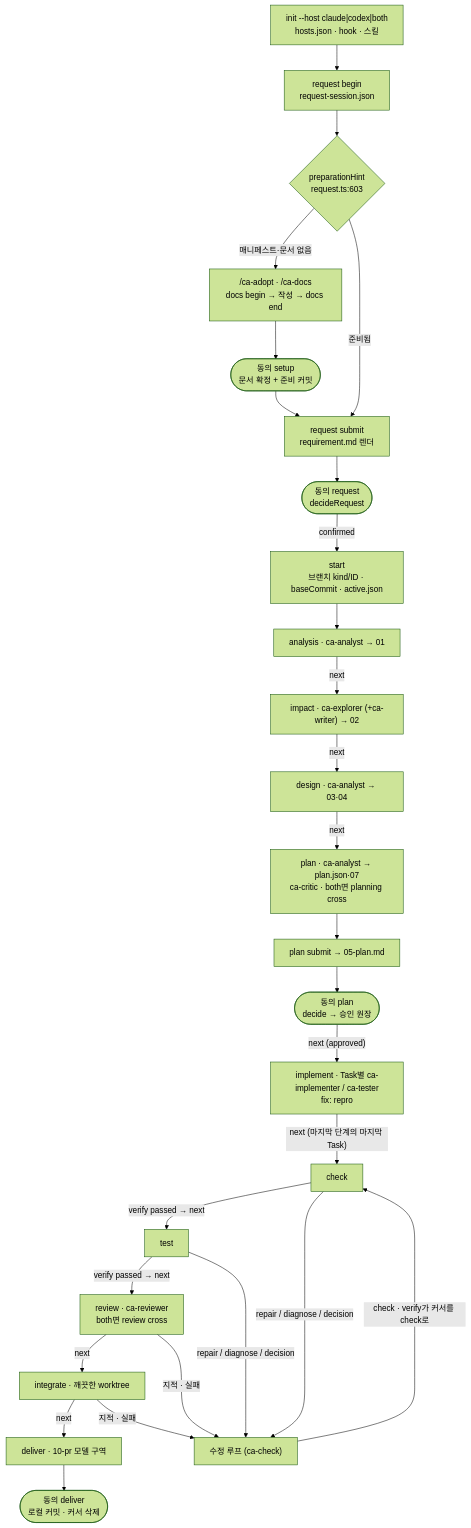
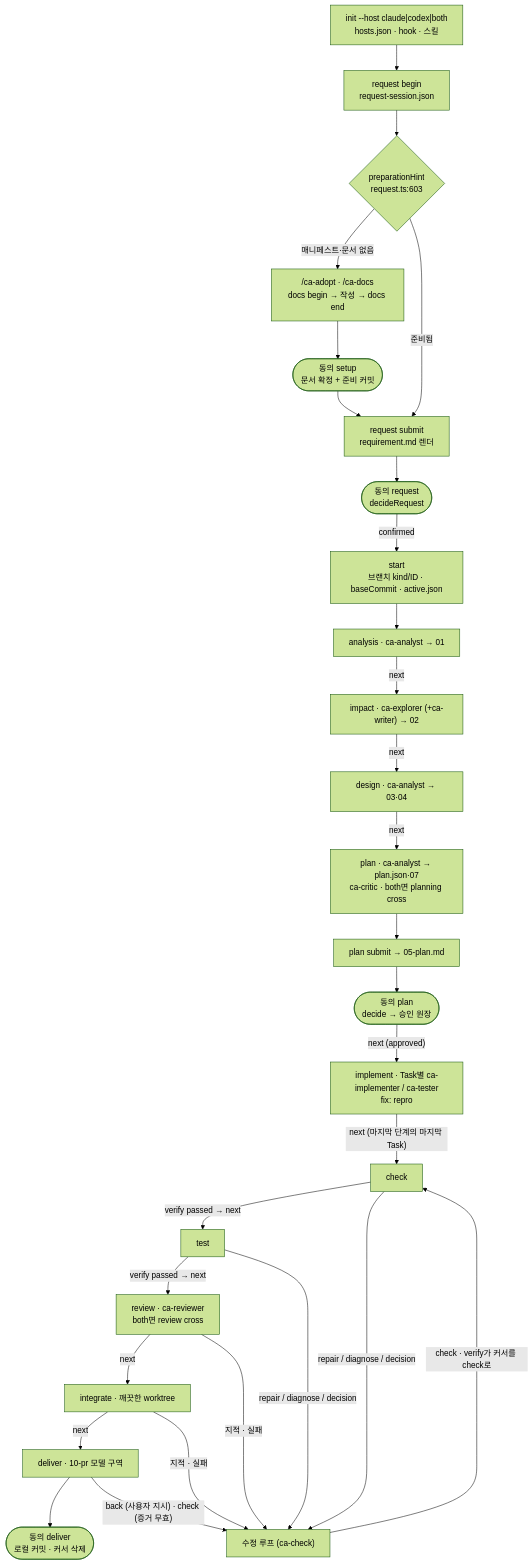
The first of 3 diagrams in doc/process-flow.md (collenkim/code-agent), drawn with Mermaid (forest theme) before and after one commit. The commit also changed other lines of this file and 65 other files, not shown here.

````diff
--- a/doc/process-flow.md
+++ b/doc/process-flow.md
@@ -47,27 +51,28 @@
 ```mermaid
 flowchart TD
   INIT["init --host claude|codex|both<br/>hosts.json · hook · 스킬"] --> RB["request begin<br/>request-session.json"]
   RB --> PREP{"preparationHint<br/>request.ts:603"}
   PREP -- "매니페스트·문서 없음" --> DOCS["/ca-adopt · /ca-docs<br/>docs begin → 작성 → docs end"]
   DOCS --> SETUP(["동의 setup<br/>문서 확정 + 준비 커밋"])
   SETUP --> RS
   PREP -- "준비됨" --> RS["request submit<br/>requirement.md 렌더"]
   RS --> RQ(["동의 request<br/>decideRequest"])
   RQ -- "confirmed" --> ST["start<br/>브랜치 kind/ID · baseCommit · active.json"]
   ST --> AN["analysis · ca-analyst → 01"]
   AN -- "next" --> IM["impact · ca-explorer (+ca-writer) → 02"]
   IM -- "next" --> DE["design · ca-analyst → 03·04"]
   DE -- "next" --> PL["plan · ca-analyst → plan.json·07<br/>ca-critic · both면 planning cross"]
   PL --> PS["plan submit → 05-plan.md"]
   PS --> PA(["동의 plan<br/>decide → 승인 원장"])
   PA -- "next (approved)" --> IMP["implement · Task별 ca-implementer / ca-tester<br/>fix: repro"]
   IMP -- "next (마지막 단계의 마지막 Task)" --> CK["check"]
   CK -- "verify passed → next" --> TS["test"]
   TS -- "verify passed → next" --> RV["review · ca-reviewer<br/>both면 review cross"]
   RV -- "next" --> IN["integrate · 깨끗한 worktree"]
   IN -- "next" --> DL["deliver · 10-pr 모델 구역"]
   DL --> DC(["동의 deliver<br/>로컬 커밋 · 커서 삭제"])
   CK & TS -- "repair / diagnose / decision" --> FIX["수정 루프 (ca-check)"]
   RV & IN -- "지적 · 실패" --> FIX
   FIX -- "check · verify가 커서를 check로" --> CK
+  DL -- "back (사용자 지시) · check (증거 무효)" --> FIX
 ```
````
